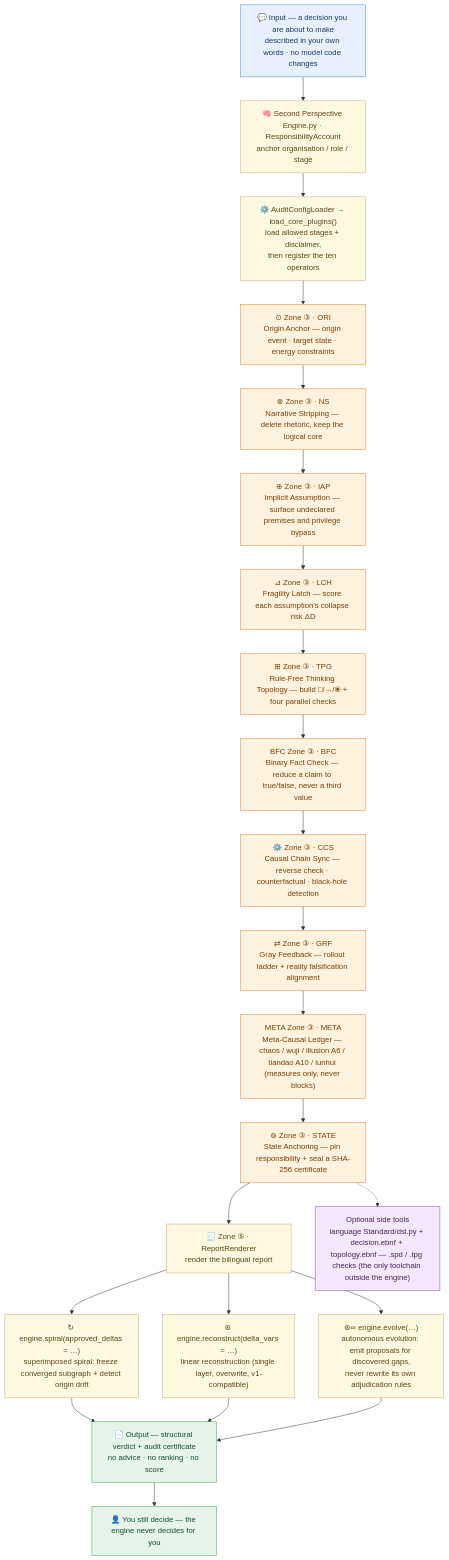
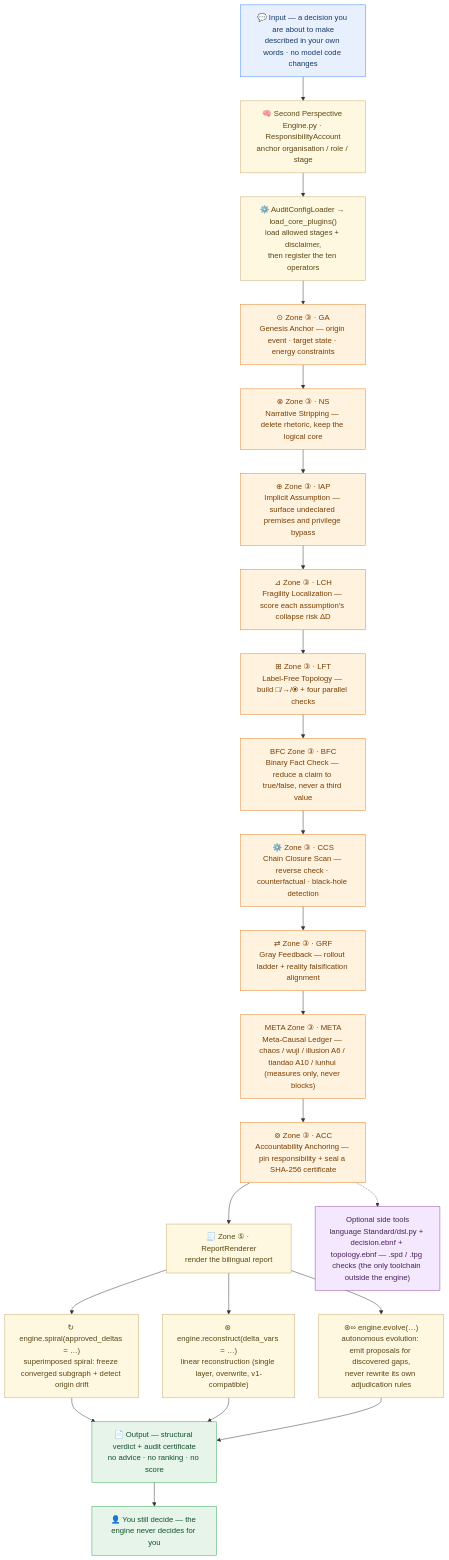
Before and after one commit to NOHN-AI/second-perspective: the diagram in README.md, drawn with Mermaid. The commit also changed other lines of this file and 16 other files, not shown here.

````diff
--- a/README.md
+++ b/README.md
@@ -48,61 +48,61 @@
 ```mermaid
 flowchart TB
     IN["💬 Input — a decision you are about to make<br/>described in your own words · no model code changes"]
 
     E1["🧠 Second Perspective Engine.py · ResponsibilityAccount<br/>anchor organisation / role / stage"]
     E2["⚙️ AuditConfigLoader → load_core_plugins()<br/>load allowed stages + disclaimer,<br/>then register the ten operators"]
 
-    A0["⊙ Zone ③ · ORI<br/>Origin Anchor — origin event · target state · energy constraints"]
+    A0["⊙ Zone ③ · GA<br/>Genesis Anchor — origin event · target state · energy constraints"]
     A1["⊗ Zone ③ · NS<br/>Narrative Stripping — delete rhetoric, keep the logical core"]
     A2["⊕ Zone ③ · IAP<br/>Implicit Assumption — surface undeclared premises and privilege bypass"]
-    A3["⊿ Zone ③ · LCH<br/>Fragility Latch — score each assumption's collapse risk ΔD"]
-    A6["⊞ Zone ③ · TPG<br/>Rule-Free Thinking Topology — build □/→/⦿ + four parallel checks"]
+    A3["⊿ Zone ③ · LCH<br/>Fragility Localization — score each assumption's collapse risk ΔD"]
+    A6["⊞ Zone ③ · LFT<br/>Label-Free Topology — build □/→/⦿ + four parallel checks"]
     A8["BFC Zone ③ · BFC<br/>Binary Fact Check — reduce a claim to true/false, never a third value"]
-    A4["⚙️ Zone ③ · CCS<br/>Causal Chain Sync — reverse check · counterfactual · black-hole detection"]
+    A4["⚙️ Zone ③ · CCS<br/>Chain Closure Scan — reverse check · counterfactual · black-hole detection"]
     A7["⇄ Zone ③ · GRF<br/>Gray Feedback — rollout ladder + reality falsification alignment"]
     A9["META Zone ③ · META<br/>Meta-Causal Ledger — chaos / wuji / illusion A6 / tiandao A10 / lunhui (measures only, never blocks)"]
-    A5["⊚ Zone ③ · STATE<br/>State Anchoring — pin responsibility + seal a SHA-256 certificate"]
+    A5["⊚ Zone ③ · ACC<br/>Accountability Anchoring — pin responsibility + seal a SHA-256 certificate"]
 
     R["🧾 Zone ⑤ · ReportRenderer<br/>render the bilingual report"]
     RC["↻ engine.spiral(approved_deltas = …)<br/>superimposed spiral: freeze converged subgraph + detect origin drift"]
     RC2["⊛ engine.reconstruct(delta_vars = …)<br/>linear reconstruction (single layer, overwrite, v1-compatible)"]
     RC3["⊛∞ engine.evolve(…)<br/>autonomous evolution: emit proposals for discovered gaps,<br/>never rewrite its own adjudication rules"]
 
     SIDE["Optional side tools<br/>language Standard/dsl.py + decision.ebnf + topology.ebnf — .spd / .tpg checks (the only toolchain outside the engine)"]
 
     OUT["📄 Output — structural verdict + audit certificate<br/>no advice · no ranking · no score"]
     HUMAN["👤 You still decide — the engine never decides for you"]
 
     IN --> E1
     E1 --> E2
     E2 --> A0
     A0 --> A1
     A1 --> A2
     A2 --> A3
     A3 --> A6
     A6 --> A8
     A8 --> A4
     A4 --> A7
     A7 --> A9
     A9 --> A5
     A5 --> R
     R --> RC
     R --> RC2
     R --> RC3
     RC --> OUT
     RC2 --> OUT
     RC3 --> OUT
     OUT --> HUMAN
     A5 -.-> SIDE
 
     classDef cIn fill:#E8F0FE,stroke:#4285F4,stroke-width:1px,color:#173A66
     classDef cEng fill:#FFF8E1,stroke:#C9A96E,stroke-width:1px,color:#5B4614
     classDef cOp fill:#FFF3E0,stroke:#E67E22,stroke-width:1px,color:#7A3E00
     classDef cSide fill:#F3E8FD,stroke:#8E44AD,stroke-width:1px,color:#4A235A
     classDef cOut fill:#E6F4EA,stroke:#34A853,stroke-width:1px,color:#14512B
     class IN cIn
     class E1,E2,R,RC,RC2,RC3 cEng
     class A0,A1,A2,A3,A4,A5,A6,A7,A8,A9 cOp
     class SIDE cSide
     class OUT,HUMAN cOut
 ```
````
